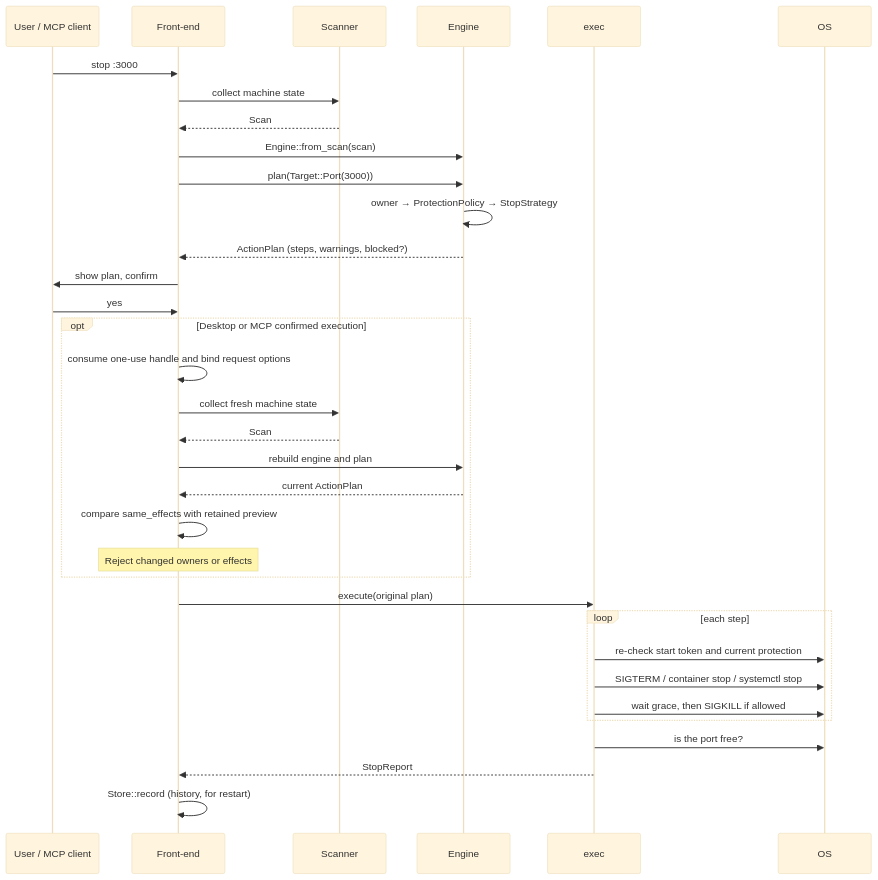
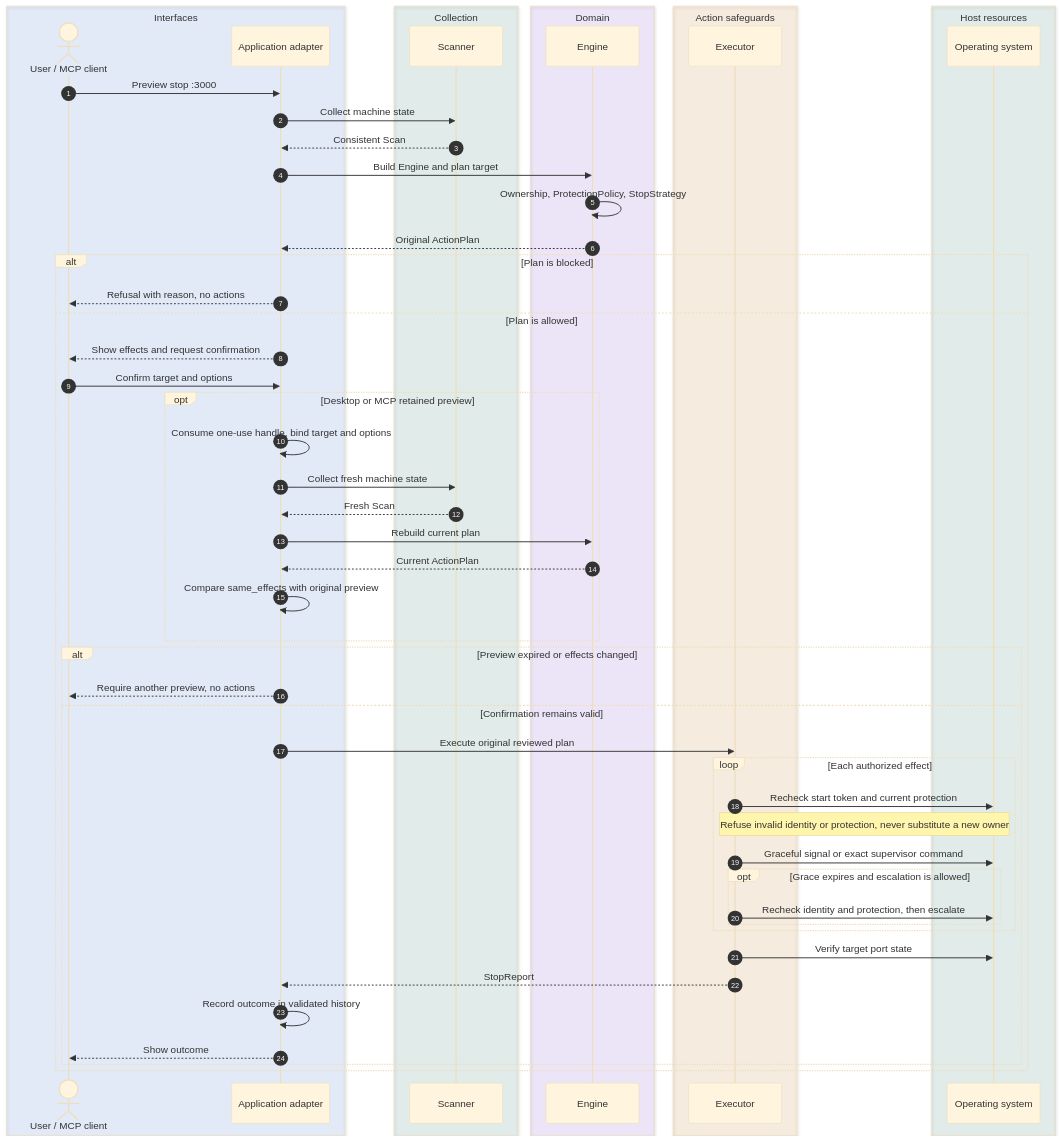
The third of 7 diagrams in docs/architecture.md (santoshshinde2012/holdmap), drawn with Mermaid (base theme) before and after one commit. The commit also changed other lines of this file and 29 other files, not shown here.

First line of the commit message:
Finalize security, architecture documentation and website SEO (#21)

````diff
--- a/docs/architecture.md
+++ b/docs/architecture.md
@@ -86,36 +157,60 @@
 ```mermaid
 sequenceDiagram
-  participant U as User / MCP client
-  participant F as Front-end
-  participant S as Scanner
-  participant E as Engine
-  participant X as exec
-  participant OS
-  U->>F: stop :3000
-  F->>S: collect machine state
-  S-->>F: Scan
-  F->>E: Engine::from_scan(scan)
-  F->>E: plan(Target::Port(3000))
-  E->>E: owner → ProtectionPolicy → StopStrategy
-  E-->>F: ActionPlan (steps, warnings, blocked?)
-  F->>U: show plan, confirm
-  U->>F: yes
-  opt Desktop or MCP confirmed execution
-    F->>F: consume one-use handle and bind request options
-    F->>S: collect fresh machine state
-    S-->>F: Scan
-    F->>E: rebuild engine and plan
-    E-->>F: current ActionPlan
-    F->>F: compare same_effects with retained preview
-    Note over F: Reject changed owners or effects
+  accTitle: Preview, authorization and guarded execution
+  accDescr: Blocked plans return without actions. Desktop and MCP consume one-use preview handles and reject changed effects. The executor verifies current identity and protection before authorized actions.
+  autonumber
+  box rgba(37, 99, 235, 0.10) Interfaces
+    actor U as User / MCP client
+    participant F as Application adapter
   end
-  F->>X: execute(original plan)
-  loop each step
-    X->>OS: re-check start token and current protection
-    X->>OS: SIGTERM / container stop / systemctl stop
-    X->>OS: wait grace, then SIGKILL if allowed
+  box rgba(15, 118, 110, 0.10) Collection
+    participant S as Scanner
   end
-  X->>OS: is the port free?
-  X-->>F: StopReport
-  F->>F: Store::record (history, for restart)
+  box rgba(124, 58, 237, 0.10) Domain
+    participant E as Engine
+  end
+  box rgba(217, 119, 6, 0.10) Action safeguards
+    participant X as Executor
+  end
+  box rgba(15, 118, 110, 0.10) Host resources
+    participant OS as Operating system
+  end
+
+  U->>F: Preview stop :3000
+  F->>S: Collect machine state
+  S-->>F: Consistent Scan
+  F->>E: Build Engine and plan target
+  E->>E: Ownership, ProtectionPolicy, StopStrategy
+  E-->>F: Original ActionPlan
+  alt Plan is blocked
+    F-->>U: Refusal with reason, no actions
+  else Plan is allowed
+    F-->>U: Show effects and request confirmation
+    U->>F: Confirm target and options
+    opt Desktop or MCP retained preview
+      F->>F: Consume one-use handle, bind target and options
+      F->>S: Collect fresh machine state
+      S-->>F: Fresh Scan
+      F->>E: Rebuild current plan
+      E-->>F: Current ActionPlan
+      F->>F: Compare same_effects with original preview
+    end
+    alt Preview expired or effects changed
+      F-->>U: Require another preview, no actions
+    else Confirmation remains valid
+      F->>X: Execute original reviewed plan
+      loop Each authorized effect
+        X->>OS: Recheck start token and current protection
+        Note over X,OS: Refuse invalid identity or protection, never substitute a new owner
+        X->>OS: Graceful signal or exact supervisor command
+        opt Grace expires and escalation is allowed
+          X->>OS: Recheck identity and protection, then escalate
+        end
+      end
+      X->>OS: Verify target port state
+      X-->>F: StopReport
+      F->>F: Record outcome in validated history
+      F-->>U: Show outcome
+    end
+  end
 ```
````
